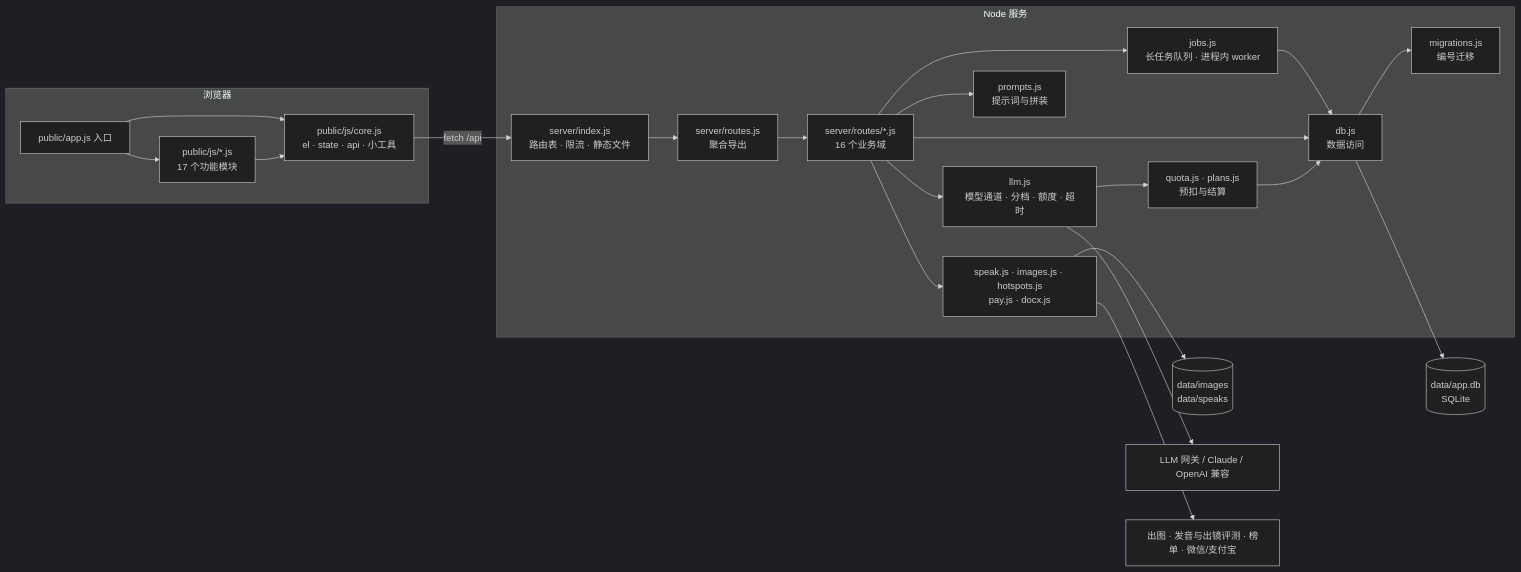
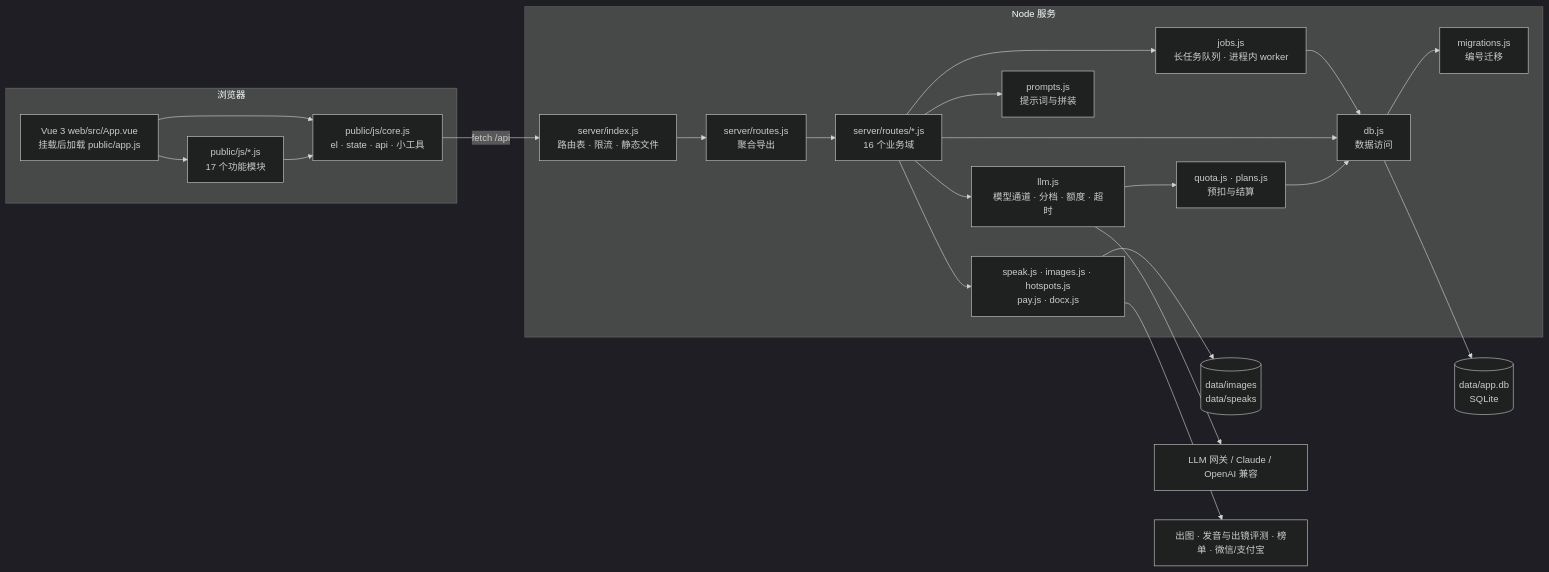
One commit to wjh2113/ip-studio changed the diagram in docs/ARCHITECTURE.md. Above: the diagram before and after it, drawn with Mermaid (dark theme). The commit also changed other lines of this file and 13 other files, not shown here.

````diff
--- a/docs/ARCHITECTURE.md
+++ b/docs/ARCHITECTURE.md
@@ -7,26 +7,26 @@
 ```mermaid
 flowchart LR
   subgraph 浏览器
-    A[public/app.js 入口] --> C[public/js/core.js<br/>el · state · api · 小工具]
+    A[Vue 3 web/src/App.vue<br/>挂载后加载 public/app.js] --> C[public/js/core.js<br/>el · state · api · 小工具]
     A --> F[public/js/*.js<br/>17 个功能模块]
     F --> C
   end
   subgraph Node 服务
     I[server/index.js<br/>路由表 · 限流 · 静态文件] --> R[server/routes.js<br/>聚合导出]
     R --> RD[server/routes/*.js<br/>16 个业务域]
     RD --> L[llm.js<br/>模型通道 · 分档 · 额度 · 超时]
     RD --> P[prompts.js<br/>提示词与拼装]
     RD --> S[speak.js · images.js · hotspots.js<br/>pay.js · docx.js]
     RD --> J[jobs.js<br/>长任务队列 · 进程内 worker]
     J --> D
     L --> Q[quota.js · plans.js<br/>预扣与结算]
     RD --> D[db.js<br/>数据访问]
     Q --> D
     D --> M[migrations.js<br/>编号迁移]
   end
   C -- fetch /api --> I
   D --> DB[(data/app.db<br/>SQLite)]
   S --> FS[(data/images<br/>data/speaks)]
   L --> GW[LLM 网关 / Claude / OpenAI 兼容]
   S --> EXT[出图 · 发音与出镜评测 · 榜单 · 微信/支付宝]
 ```
````
